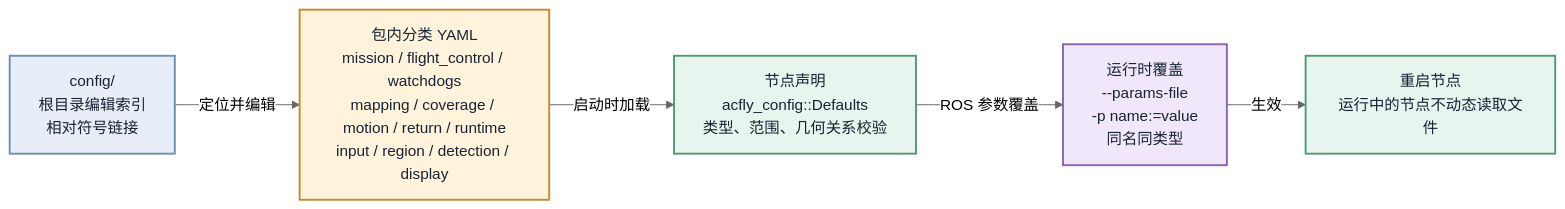
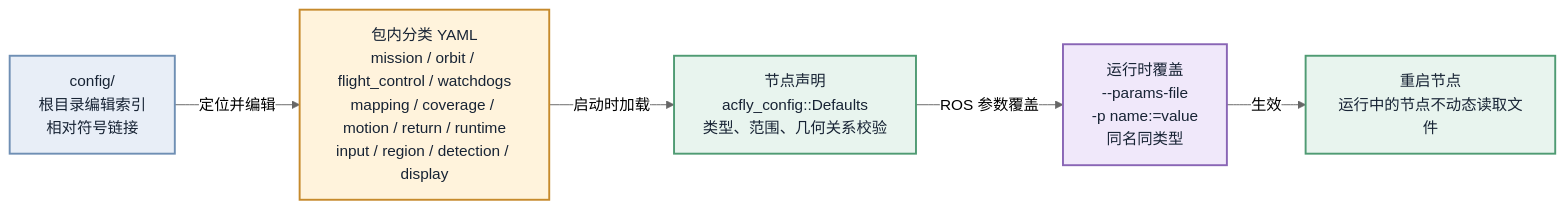
One commit to LIANGFENG1007/acfly_ws changed the diagram in docs/assets/config-layers.mmd. Above: the diagram before and after it, drawn with Mermaid (neutral theme). The commit also changed 34 other files, not shown here.

```diff
--- a/docs/assets/config-layers.mmd
+++ b/docs/assets/config-layers.mmd
@@ -1,22 +1,22 @@
 %% ACFly 参数配置分层
 %% 编辑本文件后，可用 tools/render_diagrams.sh 重新生成 config-layers.svg。
 flowchart LR
     index["config/\n根目录编辑索引\n相对符号链接"]
-    yaml["包内分类 YAML\nmission / flight_control / watchdogs\nmapping / coverage / motion / return / runtime\ninput / region / detection / display"]
+    yaml["包内分类 YAML\nmission / orbit / flight_control / watchdogs\nmapping / coverage / motion / return / runtime\ninput / region / detection / display"]
     defaults["节点声明\nacfly_config::Defaults\n类型、范围、几何关系校验"]
     override["运行时覆盖\n--params-file\n-p name:=value\n同名同类型"]
     restart["重启节点\n运行中的节点不动态读取文件"]
 
     index -->|"定位并编辑"| yaml
     yaml -->|"启动时加载"| defaults
     defaults -->|"ROS 参数覆盖"| override
     override -->|"生效"| restart
 
     classDef index fill:#e8eef7,stroke:#6f8fb4,color:#172334,stroke-width:2px;
     classDef yaml fill:#fff3dc,stroke:#c68a2c,color:#172334,stroke-width:2px;
     classDef node fill:#e8f4ee,stroke:#4f9b73,color:#172334,stroke-width:2px;
     classDef override fill:#f0e8fa,stroke:#8965b5,color:#172334,stroke-width:2px;
     class index index;
     class yaml yaml;
     class defaults,restart node;
     class override override;
```
